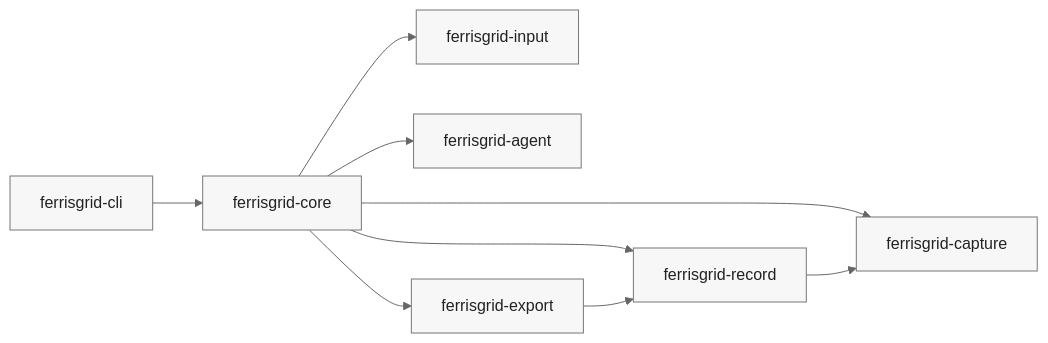
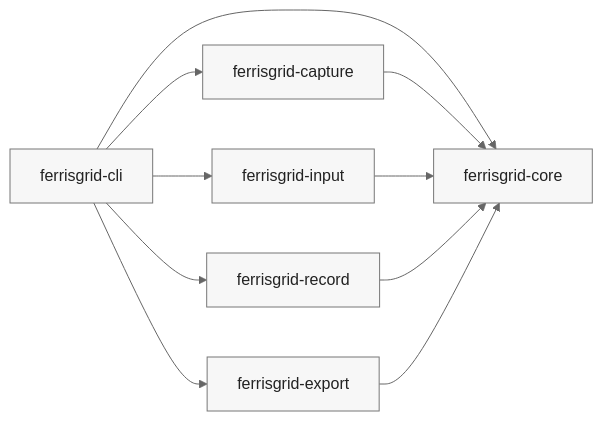
One commit to BrunoV21/FerrisGrid-CLI changed the third of 11 diagrams in docs/architecture.md. Above: the diagram before and after it, drawn with Mermaid (neutral theme). The commit also changed other lines of this file and 1 other file, not shown here.

Commit message:
docs: define recording and replay architecture

````diff
--- a/docs/architecture.md
+++ b/docs/architecture.md
@@ -170,14 +182,15 @@
 ```mermaid
 flowchart LR
   cli[ferrisgrid-cli] --> core[ferrisgrid-core]
-  core --> capture[ferrisgrid-capture]
-  core --> input[ferrisgrid-input]
-  core --> agent[ferrisgrid-agent]
-  core --> record[ferrisgrid-record]
-  core --> export[ferrisgrid-export]
-  record --> capture
-  export --> record
+  capture[ferrisgrid-capture] --> core[ferrisgrid-core]
+  input[ferrisgrid-input] --> core
+  record[ferrisgrid-record] --> core
+  export[ferrisgrid-export] --> core
+  cli --> capture
+  cli --> input
+  cli --> record
+  cli --> export
 
   classDef boundary fill:#f7f7f7,stroke:#777,color:#222;
-  class cli,core,capture,input,agent,record,export boundary;
+  class cli,core,capture,input,record,export boundary;
 ```
````
